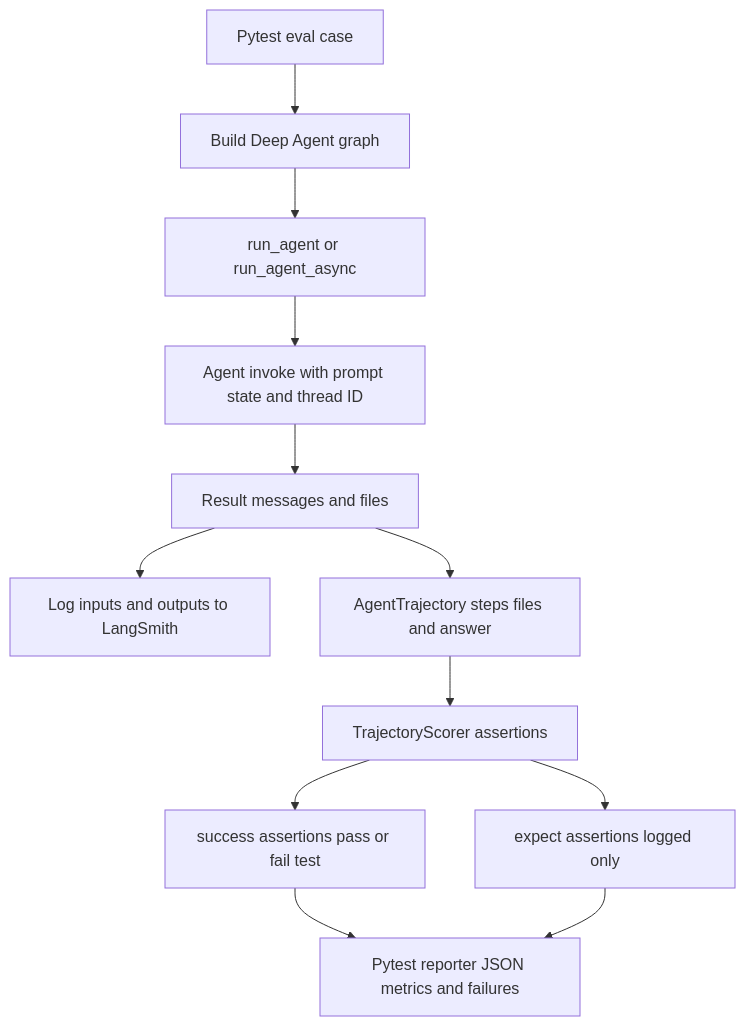
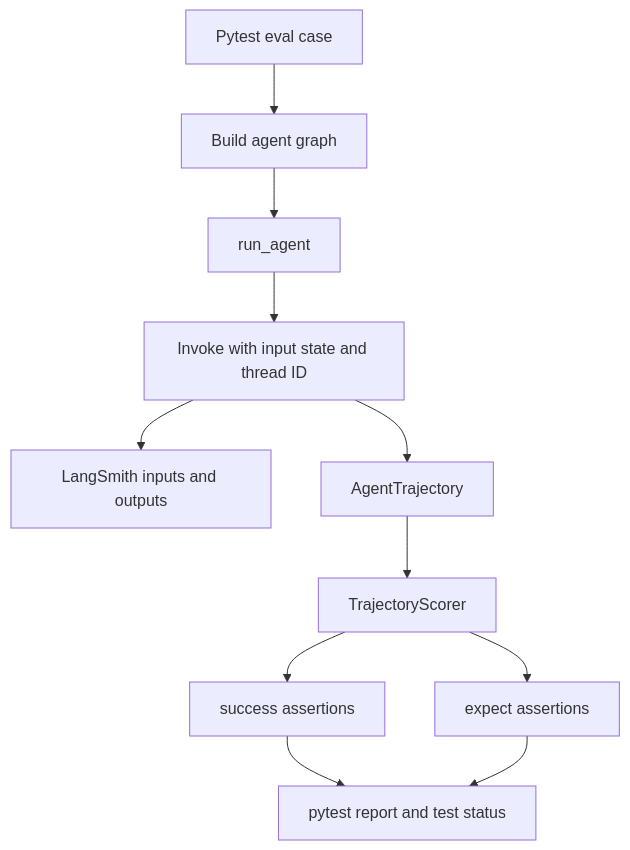
The first of 2 diagrams in openwiki/workflows/run-evals.md (langchain-ai/deepagents), drawn with Mermaid before and after one commit. The commit also changed other lines of this file and 56 other files, not shown here.

````diff
--- a/openwiki/workflows/run-evals.md
+++ b/openwiki/workflows/run-evals.md
@@ -82,14 +104,13 @@
 ```mermaid
 flowchart TD
-    Case["Pytest eval case"] --> Build["Build Deep Agent graph"]
-    Build --> Invoke["run_agent or run_agent_async"]
-    Invoke --> Graph["Agent invoke with prompt state and thread ID"]
-    Graph --> Result["Result messages and files"]
-    Result --> Trace["Log inputs and outputs to LangSmith"]
-    Result --> Trajectory["AgentTrajectory steps files and answer"]
-    Trajectory --> Score["TrajectoryScorer assertions"]
-    Score --> Correct["success assertions pass or fail test"]
-    Score --> Efficient["expect assertions logged only"]
-    Correct --> Report["Pytest reporter JSON metrics and failures"]
-    Efficient --> Report
+    Case["Pytest eval case"] --> Build["Build agent graph"]
+    Build --> Invoke["run_agent"]
+    Invoke --> Graph["Invoke with input state and thread ID"]
+    Graph --> Trace["LangSmith inputs and outputs"]
+    Graph --> Trajectory["AgentTrajectory"]
+    Trajectory --> Score["TrajectoryScorer"]
+    Score --> Hard["success assertions"]
+    Score --> Soft["expect assertions"]
+    Hard --> Report["pytest report and test status"]
+    Soft --> Report
 ```
````
